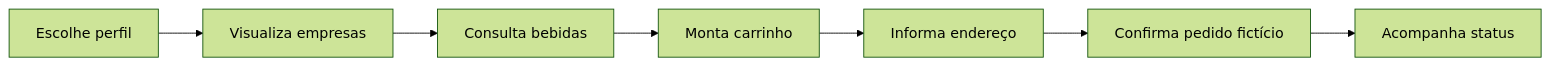
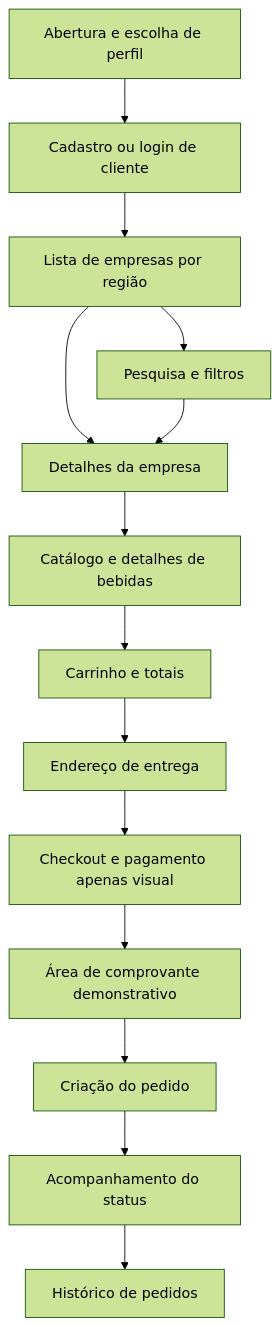
The first of 2 diagrams in README.md (Pedro-hxm/App_Bebida_Ja), drawn with Mermaid (forest theme) before and after one commit. The commit also changed other lines of this file and 1 other file, not shown here.

````diff
--- a/README.md
+++ b/README.md
@@ -54,9 +93,16 @@
 ```mermaid
-flowchart LR
-    A[Escolhe perfil] --> B[Visualiza empresas]
-    B --> C[Consulta bebidas]
-    C --> D[Monta carrinho]
-    D --> E[Informa endereço]
-    E --> F[Confirma pedido fictício]
-    F --> G[Acompanha status]
+flowchart TD
+    A[Abertura e escolha de perfil] --> B[Cadastro ou login de cliente]
+    B --> C[Lista de empresas por região]
+    C --> D[Pesquisa e filtros]
+    C --> E[Detalhes da empresa]
+    D --> E
+    E --> F[Catálogo e detalhes de bebidas]
+    F --> G[Carrinho e totais]
+    G --> H[Endereço de entrega]
+    H --> I[Checkout e pagamento apenas visual]
+    I --> J[Área de comprovante demonstrativo]
+    J --> K[Criação do pedido]
+    K --> L[Acompanhamento do status]
+    L --> M[Histórico de pedidos]
 ```
````
